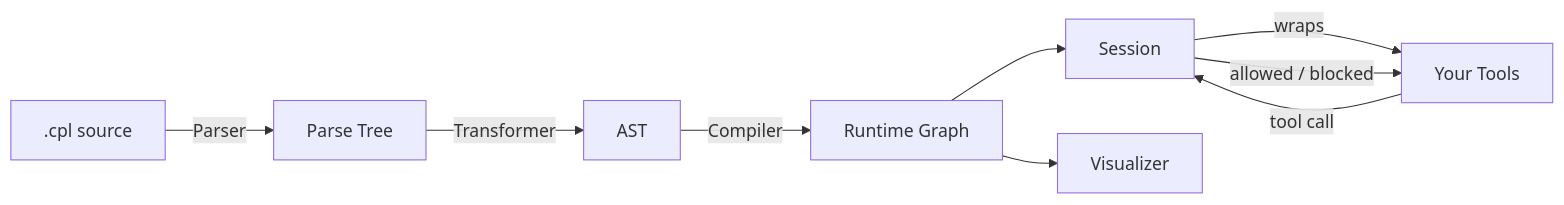
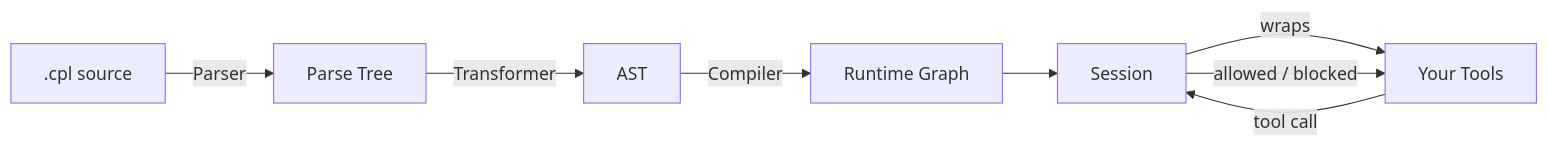
One commit to kavishsathia/complier changed the diagram in README.md. Above: the diagram before and after it, drawn with Mermaid. The commit also changed other lines of this file and 13 other files, not shown here.

````diff
--- a/README.md
+++ b/README.md
@@ -100,11 +94,10 @@
 ```mermaid
 graph LR
     A[".cpl source"] -->|Parser| B["Parse Tree"]
     B -->|Transformer| C["AST"]
     C -->|Compiler| D["Runtime Graph"]
     D --> E["Session"]
-    D --> F["Visualizer"]
-    E -->|wraps| G["Your Tools"]
-    G -->|tool call| E
-    E -->|allowed / blocked| G
+    E -->|wraps| F["Your Tools"]
+    F -->|tool call| E
+    E -->|allowed / blocked| F
 ```
````
